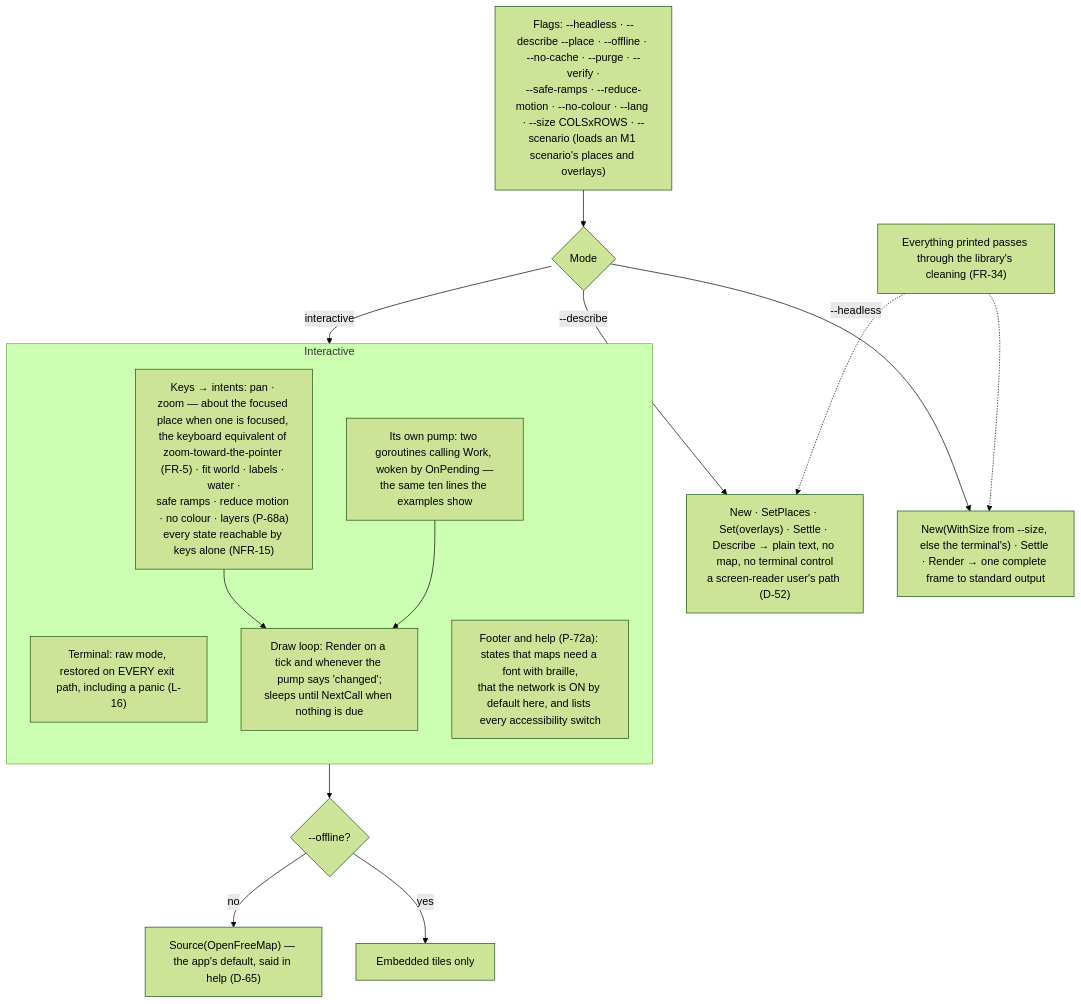
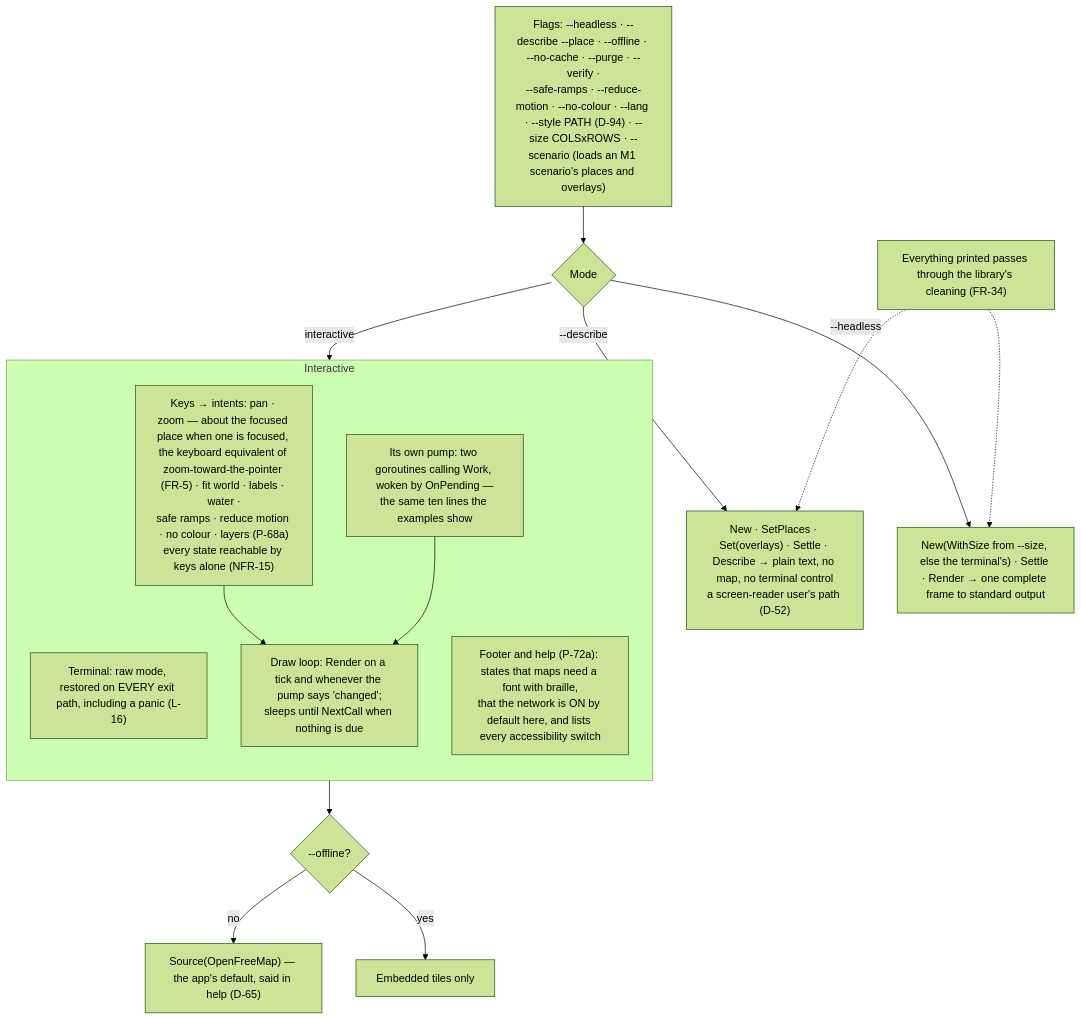
Before and after one commit to branden-thompson/go-tuimaps: the diagram in 06_docs/02_features/go-tuimaps/03-architecture-design/L2-app.md, drawn with Mermaid (forest theme). The commit also changed other lines of this file and 18 other files, not shown here.

````diff
--- a/06_docs/02_features/go-tuimaps/03-architecture-design/L2-app.md
+++ b/06_docs/02_features/go-tuimaps/03-architecture-design/L2-app.md
@@ -7,23 +7,23 @@
 ```mermaid
 flowchart TB
-    ARGS["Flags: --headless · --describe --place · --offline · --no-cache · --purge · --verify ·<br/>--safe-ramps · --reduce-motion · --no-colour · --lang · --size COLSxROWS · --scenario (loads an M1 scenario's places and overlays)"] --> MODE{"Mode"}
+    ARGS["Flags: --headless · --describe --place · --offline · --no-cache · --purge · --verify ·<br/>--safe-ramps · --reduce-motion · --no-colour · --lang · --style PATH (D-94) · --size COLSxROWS · --scenario (loads an M1 scenario's places and overlays)"] --> MODE{"Mode"}
     MODE -- "--describe" --> D["New · SetPlaces · Set(overlays) · Settle · Describe → plain text, no map, no terminal control<br/>a screen-reader user's path (D-52)"]
     MODE -- "--headless" --> HL["New(WithSize from --size, else the terminal's) · Settle · Render → one complete frame to standard output"]
     MODE -- "interactive" --> TUI
 
     subgraph TUI["Interactive"]
       direction TB
       TERM["Terminal: raw mode, restored on EVERY exit path, including a panic (L-16)"]
       KEYS["Keys → intents: pan · zoom — about the focused place when one is focused, the keyboard equivalent of zoom-toward-the-pointer (FR-5) · fit world · labels · water ·<br/>safe ramps · reduce motion · no colour · layers (P-68a)<br/>every state reachable by keys alone (NFR-15)"]
       LOOP["Draw loop: Render on a tick and whenever the pump says 'changed';<br/>sleeps until NextCall when nothing is due"]
       PUMP["Its own pump: two goroutines calling Work, woken by OnPending —<br/>the same ten lines the examples show"]
       FOOT["Footer and help (P-72a): states that maps need a font with braille,<br/>that the network is ON by default here, and lists every accessibility switch"]
       KEYS --> LOOP
       PUMP --> LOOP
     end
     TUI --> NET{"--offline?"}
     NET -- no --> ON["Source(OpenFreeMap) — the app's default, said in help (D-65)"]
     NET -- yes --> OFF["Embedded tiles only"]
     OUTR["Everything printed passes through the library's cleaning (FR-34)"] -.-> D
     OUTR -.-> HL
 ```
````
